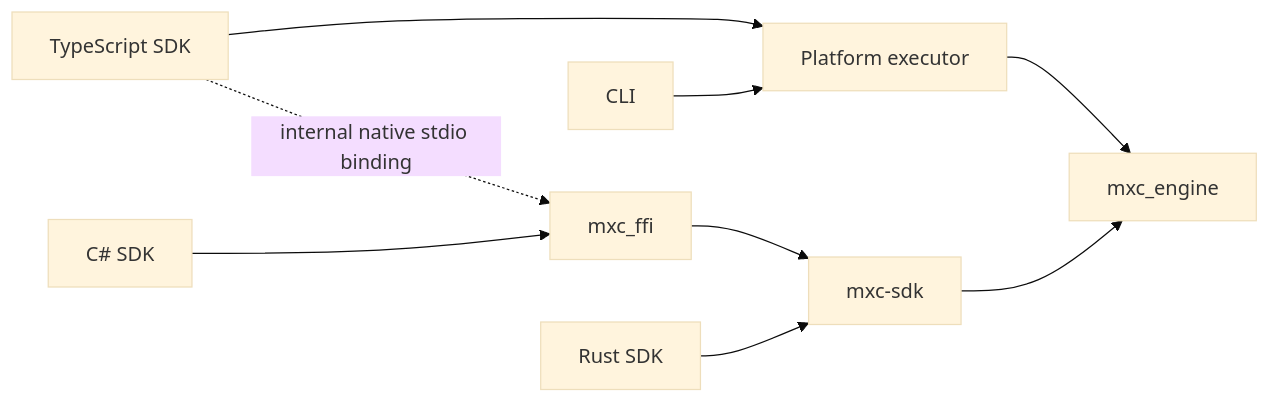
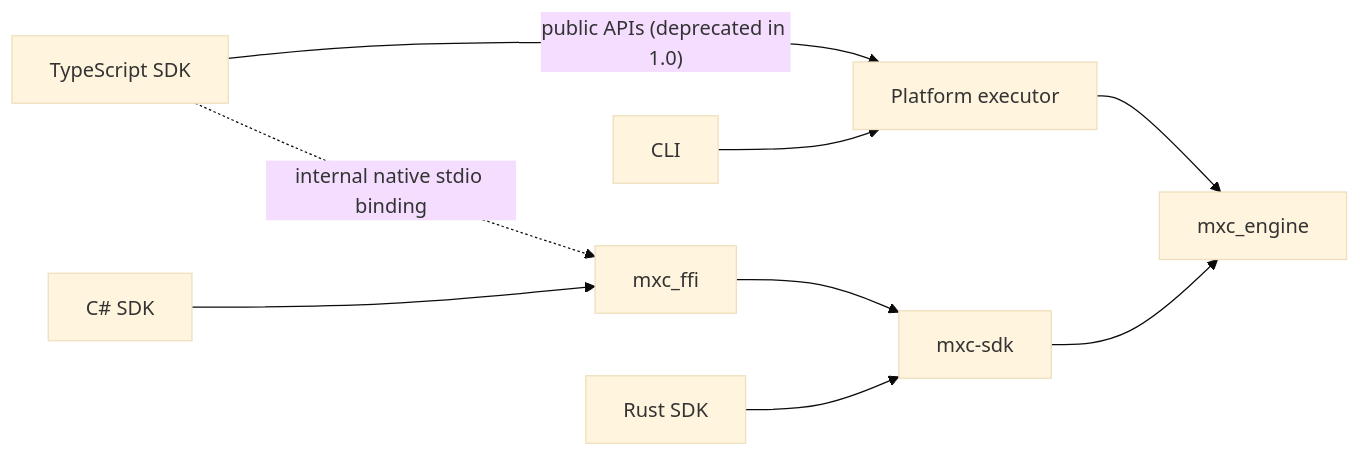
The second of 2 diagrams in docs/architecture.md (microsoft/mxc), drawn with Mermaid (base theme) before and after one commit. The commit also changed other lines of this file and 7 other files, not shown here.

````diff
--- a/docs/architecture.md
+++ b/docs/architecture.md
@@ -100,19 +100,19 @@
 ```mermaid
 flowchart LR
     typescript["TypeScript SDK"]
     cli["CLI"]
     csharp["C# SDK"]
     rust["Rust SDK"]
     executor["Platform executor"]
     ffi["mxc_ffi"]
     sdk["mxc-sdk"]
     engine["mxc_engine"]
 
-    typescript --> executor
+    typescript -- "public APIs (deprecated in 1.0)" --> executor
     typescript -. "internal native stdio binding" .-> ffi
     cli --> executor
     csharp --> ffi --> sdk
     rust --> sdk
     executor --> engine
     sdk --> engine
 ```
````
